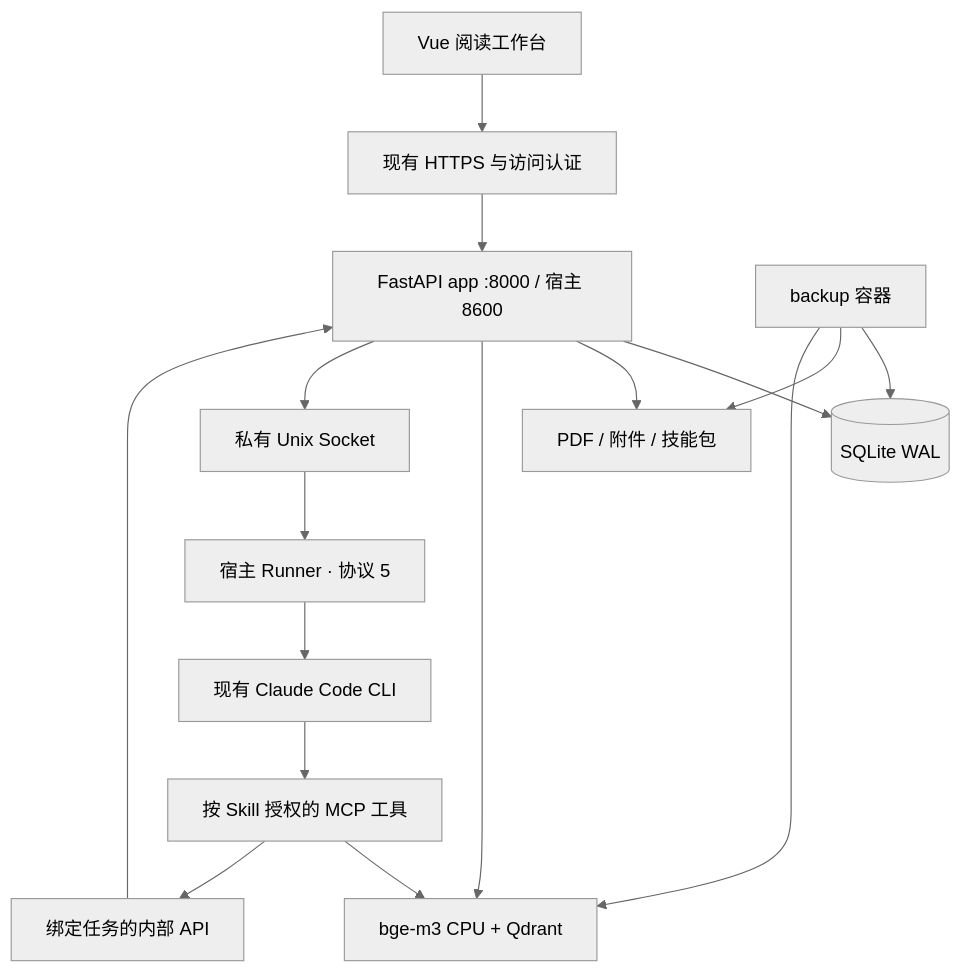
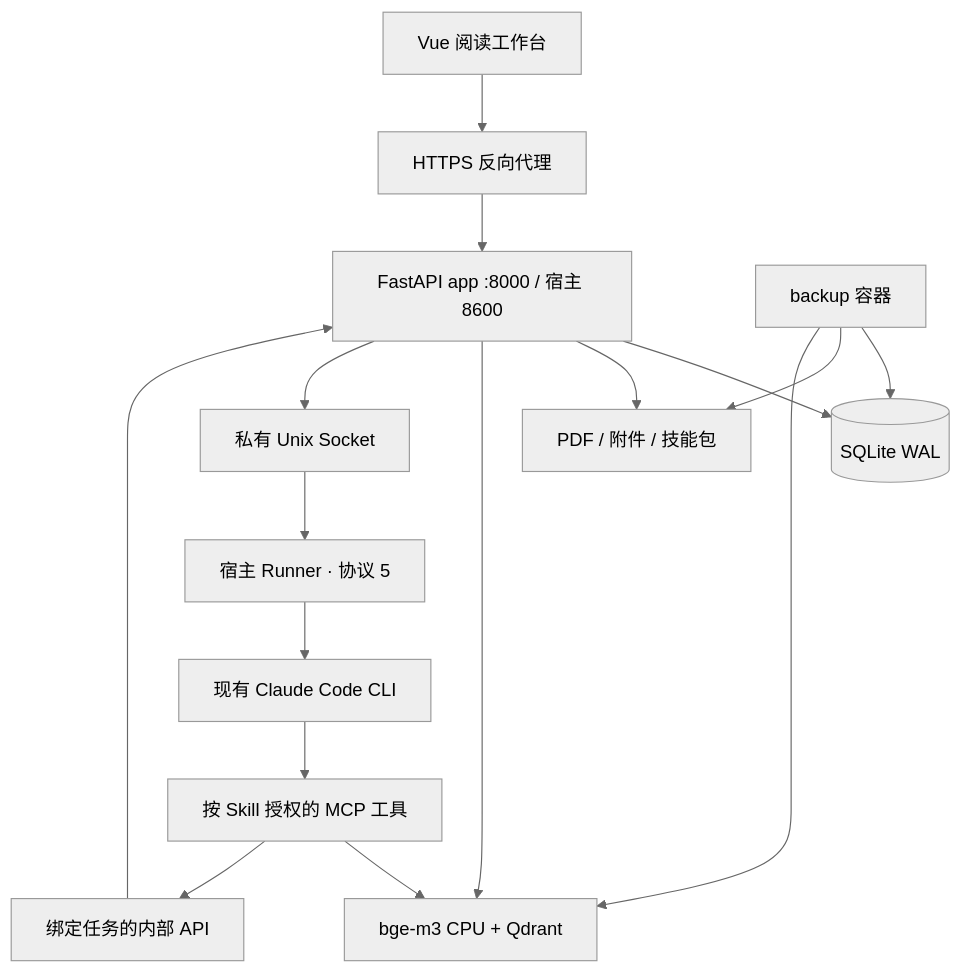
The diagram in docs/架构.md (FallrainKing/Firework), drawn with Mermaid (neutral theme) before and after one commit. The commit also changed other lines of this file and 47 other files, not shown here.

````diff
--- a/docs/架构.md
+++ b/docs/架构.md
@@ -9,18 +9,18 @@
 ```mermaid
 flowchart TD
-    Browser[Vue 阅读工作台] --> Access[现有 HTTPS 与访问认证]
+    Browser[Vue 阅读工作台] --> Access[HTTPS 反向代理]
     Access --> App[FastAPI app :8000 / 宿主 8600]
     App --> DB[(SQLite WAL)]
     App --> Files[PDF / 附件 / 技能包]
     App --> Retrieval[bge-m3 CPU + Qdrant]
     App --> Socket[私有 Unix Socket]
     Socket --> Runner[宿主 Runner · 协议 5]
     Runner --> CLI[现有 Claude Code CLI]
     CLI --> Tools[按 Skill 授权的 MCP 工具]
     Tools --> Retrieval
     Tools --> Internal[绑定任务的内部 API]
     Internal --> App
     Backup[backup 容器] --> DB
     Backup --> Files
     Backup --> Retrieval
 ```
````
